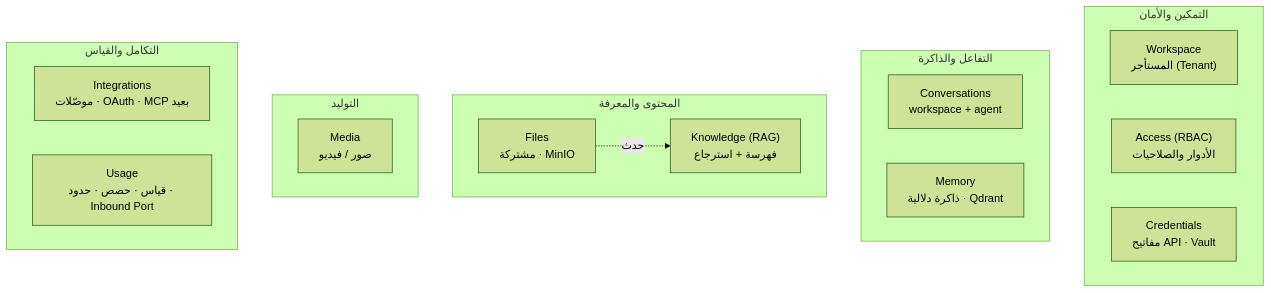
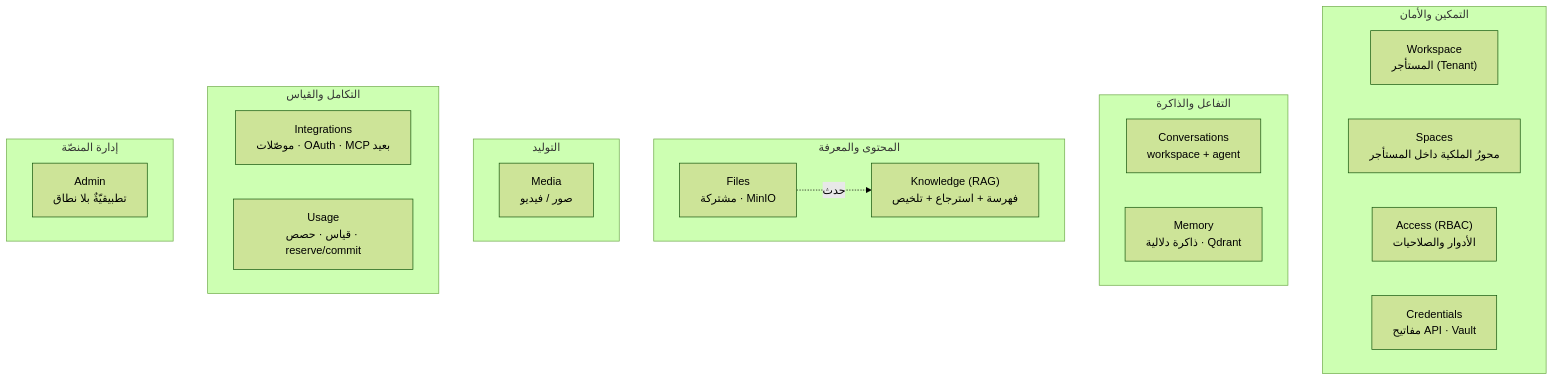
Before and after one commit to anastawahia/aizzak: the fourth of 8 diagrams in docs/architecture.md, drawn with Mermaid (forest theme). The commit also changed other lines of this file, not shown here.

````diff
--- a/docs/architecture.md
+++ b/docs/architecture.md
@@ -192,25 +263,29 @@
 ```mermaid
 graph TD
     subgraph c1 ["التمكين والأمان"]
         Workspace["Workspace<br/>المستأجر (Tenant)"]
+        Spaces["Spaces<br/>محورُ الملكية داخل المستأجر"]
         Access["Access (RBAC)<br/>الأدوار والصلاحيات"]
         Credentials["Credentials<br/>مفاتيح API · Vault"]
     end
     subgraph c2 ["التفاعل والذاكرة"]
         Conversations["Conversations<br/>workspace + agent"]
         Memory["Memory<br/>ذاكرة دلالية · Qdrant"]
     end
     subgraph c3 ["المحتوى والمعرفة"]
         Files["Files<br/>مشتركة · MinIO"]
-        Knowledge["Knowledge (RAG)<br/>فهرسة + استرجاع"]
+        Knowledge["Knowledge (RAG)<br/>فهرسة + استرجاع + تلخيص"]
     end
     subgraph c4 ["التوليد"]
         Media["Media<br/>صور / فيديو"]
     end
     subgraph c5 ["التكامل والقياس"]
         Integrations["Integrations<br/>موصّلات · OAuth · MCP بعيد"]
-        Usage["Usage<br/>قياس · حصص · حدود · Inbound Port"]
+        Usage["Usage<br/>قياس · حصص · reserve/commit"]
+    end
+    subgraph c6 ["إدارة المنصّة"]
+        AdminM["Admin<br/>تطبيقيّةٌ بلا نطاق"]
     end
 
     Files -. حدث .-> Knowledge
 ```
````
